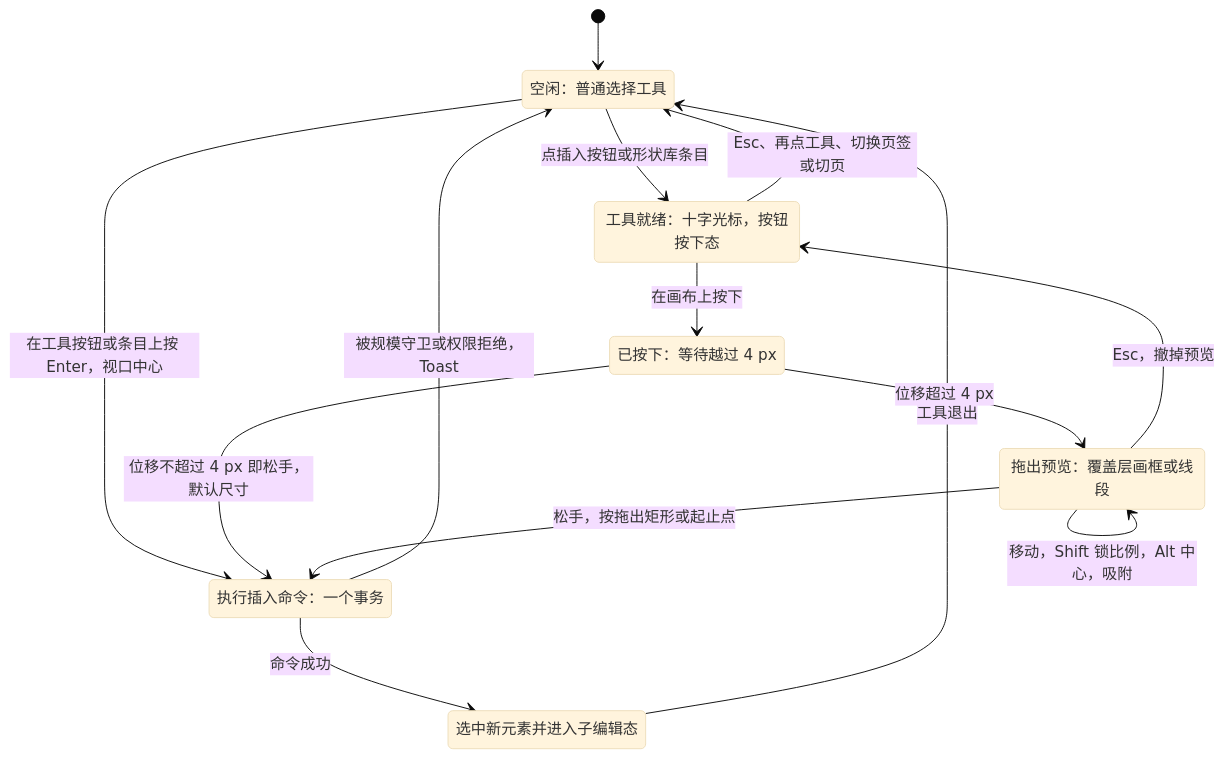
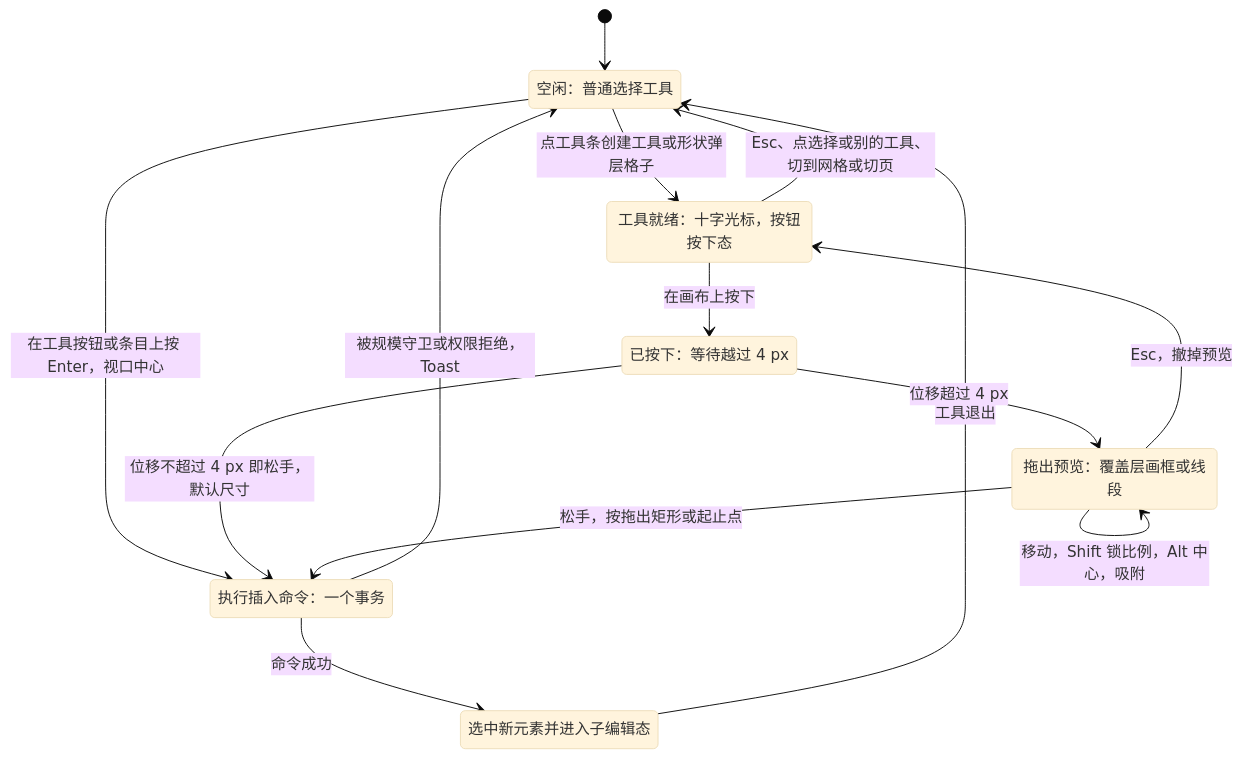
One commit to Xeonice/cordis-ppt-editor changed the seventh of 10 diagrams in docs/50-frontend/10-editor-shell-and-interaction.md. Above: the diagram before and after it, drawn with Mermaid (base theme). The commit also changed other lines of this file and 25 other files, not shown here.

````diff
--- a/docs/50-frontend/10-editor-shell-and-interaction.md
+++ b/docs/50-frontend/10-editor-shell-and-interaction.md
@@ -418,22 +525,22 @@
 ```mermaid
 stateDiagram-v2
   state "空闲：普通选择工具" as idle
   state "工具就绪：十字光标，按钮按下态" as ready
   state "已按下：等待越过 4 px" as pressed
   state "拖出预览：覆盖层画框或线段" as preview
   state "执行插入命令：一个事务" as commit
   state "选中新元素并进入子编辑态" as selected
   [*] --> idle
-  idle --> ready : 点插入按钮或形状库条目
+  idle --> ready : 点工具条创建工具或形状弹层格子
   idle --> commit : 在工具按钮或条目上按 Enter，视口中心
   ready --> pressed : 在画布上按下
   pressed --> commit : 位移不超过 4 px 即松手，默认尺寸
   pressed --> preview : 位移超过 4 px
   preview --> preview : 移动，Shift 锁比例，Alt 中心，吸附
   preview --> commit : 松手，按拖出矩形或起止点
-  ready --> idle : Esc、再点工具、切换页签或切页
+  ready --> idle : Esc、点选择或别的工具、切到网格或切页
   preview --> ready : Esc，撤掉预览
   commit --> selected : 命令成功
   commit --> idle : 被规模守卫或权限拒绝，Toast
   selected --> idle : 工具退出
 ```
````
